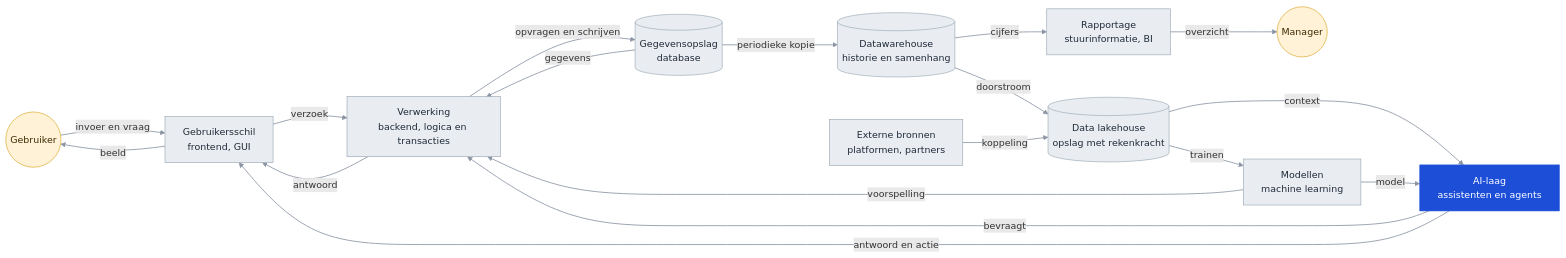
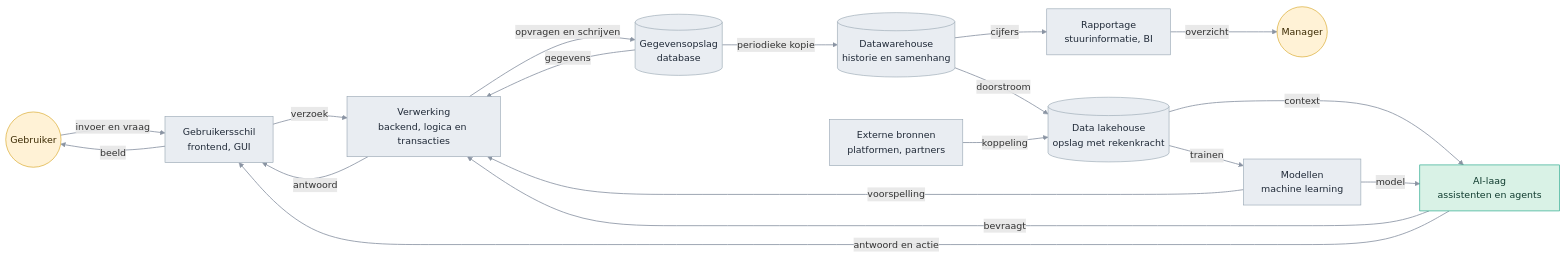
One commit to Npuls-OKx/meta changed the fifth of 6 diagrams in presentaties/src/260904_ai_houdbaarheid.md. Above: the diagram before and after it, drawn with Mermaid. The commit also changed other lines of this file and 2 other files, not shown here.

````diff
--- a/presentaties/src/260904_ai_houdbaarheid.md
+++ b/presentaties/src/260904_ai_houdbaarheid.md
@@ -268,43 +322,43 @@
 ```mermaid
 flowchart LR
   U(("Gebruiker"))
   GUI["Gebruikersschil<br/>frontend, GUI"]
   BE["Verwerking<br/>backend, logica en transacties"]
   DB[("Gegevensopslag<br/>database")]
   U -- "invoer en vraag" --> GUI
   GUI -- "verzoek" --> BE
   BE -- "opvragen en schrijven" --> DB
   DB -- "gegevens" --> BE
   BE -- "antwoord" --> GUI
   GUI -- "beeld" --> U
   DWH[("Datawarehouse<br/>historie en samenhang")]
   BI["Rapportage<br/>stuurinformatie, BI"]
   M(("Manager"))
   DB -- "periodieke kopie" --> DWH
   DWH -- "cijfers" --> BI
   BI -- "overzicht" --> M
   LH[("Data lakehouse<br/>opslag met rekenkracht")]
   ML["Modellen<br/>machine learning"]
   EXT["Externe bronnen<br/>platformen, partners"]
   DWH -- "doorstroom" --> LH
   EXT -- "koppeling" --> LH
   LH -- "trainen" --> ML
   ML -- "voorspelling" --> BE
   AI["AI-laag<br/>assistenten en agents"]
   LH -- "context" --> AI
   ML -- "model" --> AI
   AI -- "bevraagt" --> BE
   AI -- "antwoord en actie" --> GUI
   style U fill:#fff2d6,stroke:#D4A017,color:#3b2a02
   style GUI fill:#e9edf2,stroke:#94a3b0,color:#1f2937
   style BE fill:#e9edf2,stroke:#94a3b0,color:#1f2937
   style DB fill:#e9edf2,stroke:#94a3b0,color:#1f2937
   style DWH fill:#e9edf2,stroke:#94a3b0,color:#1f2937
   style BI fill:#e9edf2,stroke:#94a3b0,color:#1f2937
   style M fill:#fff2d6,stroke:#D4A017,color:#3b2a02
   style LH fill:#e9edf2,stroke:#94a3b0,color:#1f2937
   style ML fill:#e9edf2,stroke:#94a3b0,color:#1f2937
   style EXT fill:#e9edf2,stroke:#94a3b0,color:#1f2937
-  style AI fill:#1D4ED8,stroke:#1D4ED8,color:#ffffff
+  style AI fill:#d9f2e6,stroke:#0E9E7E,color:#0f3b2e
   linkStyle default stroke:#8a94a3,stroke-width:1.4px
 ```
````
